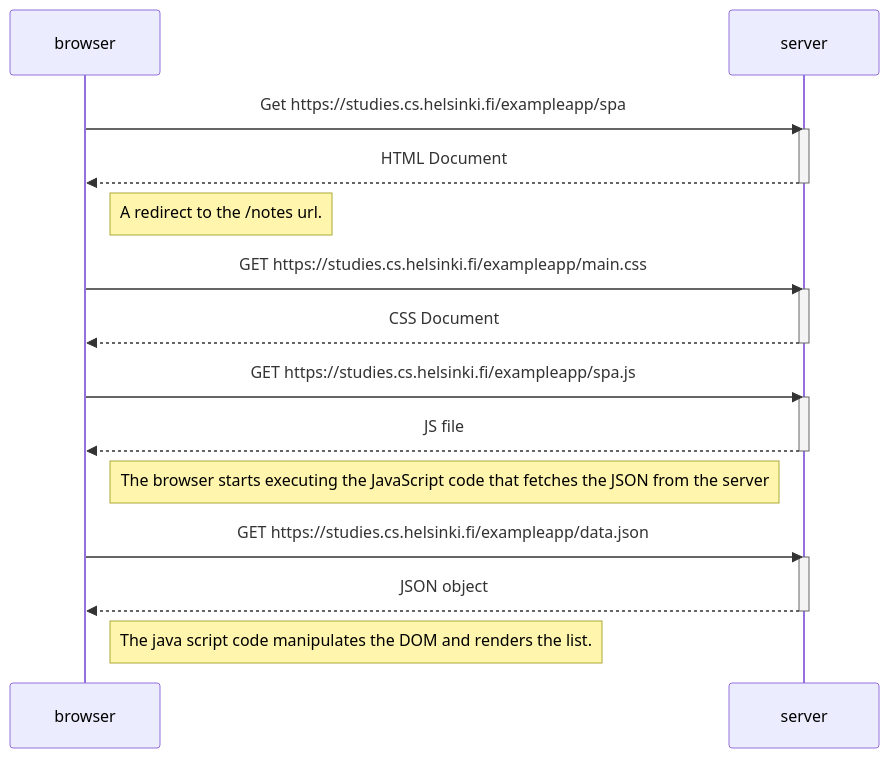
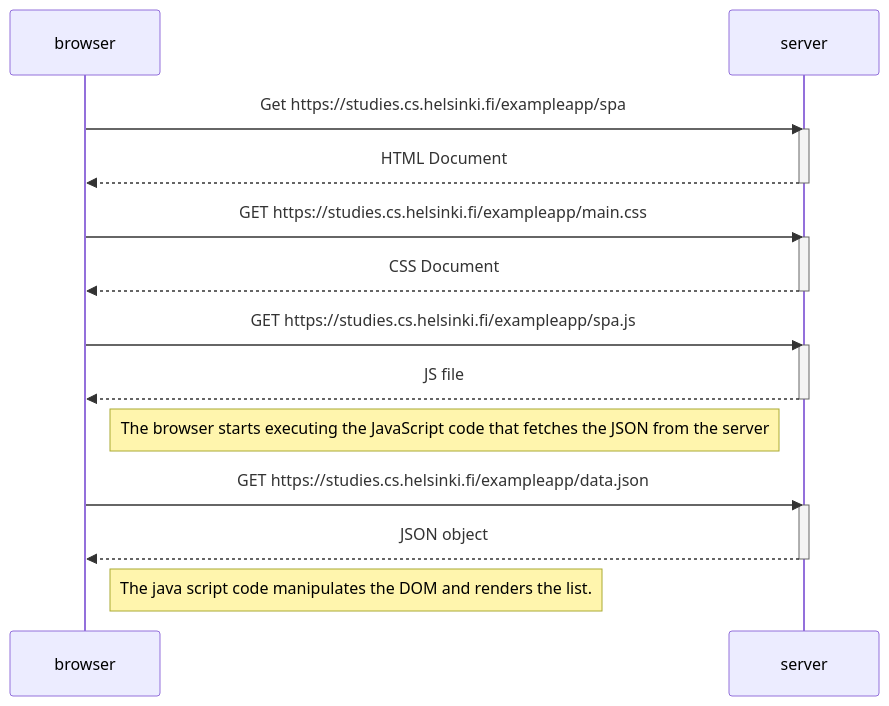
Before and after one commit to Dagime-Teshome/fullStackProjects: the diagram in part0/0.5 Single page app diagram.md, drawn with Mermaid.

Commit message:
Update 0.5 Single page app diagram.md

````diff
--- a/part0/0.5 Single page app diagram.md
+++ b/part0/0.5 Single page app diagram.md
@@ -1,29 +1,29 @@
 ```mermaid
 sequenceDiagram
 participant browser
 participant server
 
     browser->>server: Get https://studies.cs.helsinki.fi/exampleapp/spa
     activate server
     server-->>browser:  HTML Document
     deactivate server
-    Note right of browser: A redirect to the /notes url.
+    
 
     browser->>server: GET https://studies.cs.helsinki.fi/exampleapp/main.css
     activate server
     server-->>browser: CSS Document
     deactivate server
 
     browser->>server: GET https://studies.cs.helsinki.fi/exampleapp/spa.js
     activate server
     server-->>browser: JS file
     deactivate server
     Note right of browser: The browser starts executing the JavaScript code that fetches the JSON from the server
 
     browser->>server: GET https://studies.cs.helsinki.fi/exampleapp/data.json
     activate server
     server-->>browser: JSON object
     deactivate server
 
     Note right of browser: The java script code manipulates the DOM and renders the list.
 ```
````
